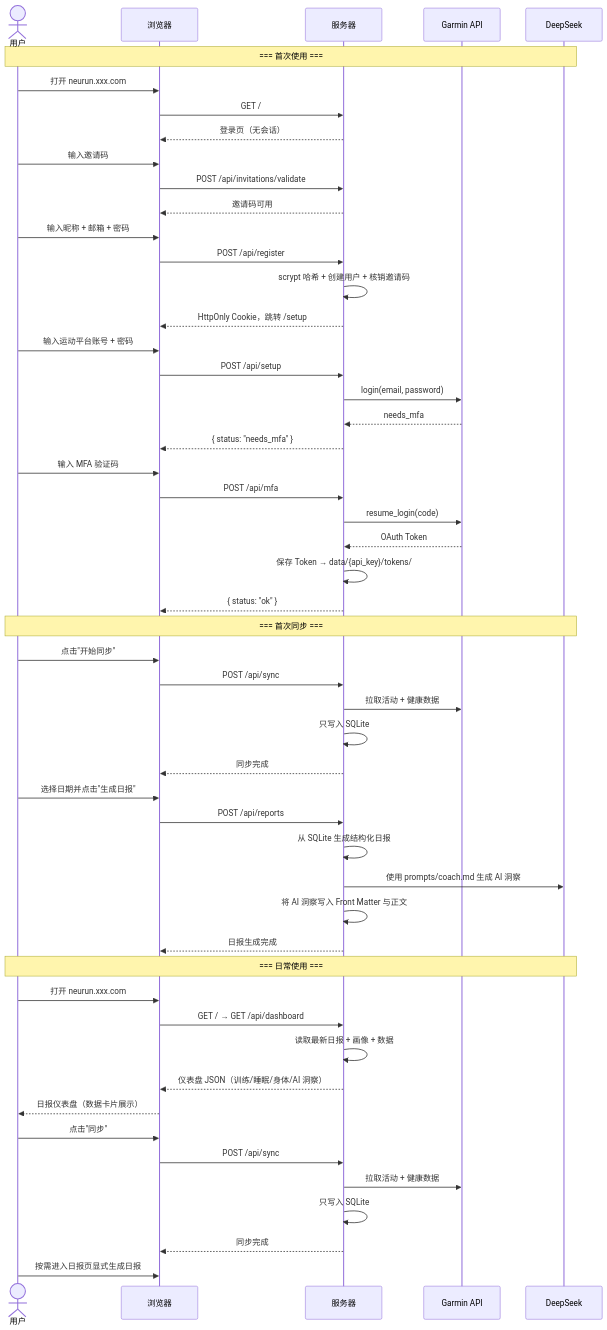
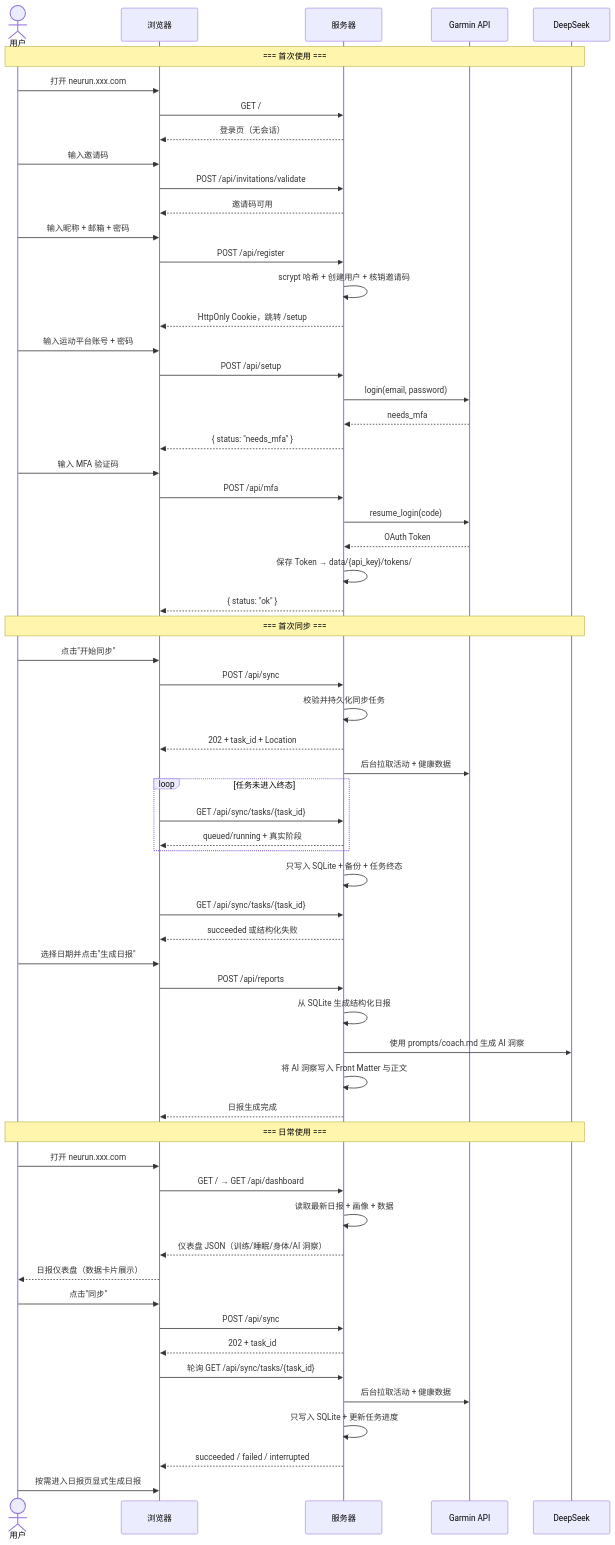
One commit to qd1993102/rundown changed the second of 3 diagrams in docs/design/13-sae-deployment.md. Above: the diagram before and after it, drawn with Mermaid. The commit also changed other lines of this file and 25 other files, not shown here.

````diff
--- a/docs/design/13-sae-deployment.md
+++ b/docs/design/13-sae-deployment.md
@@ -59,63 +61,72 @@
 ```mermaid
 sequenceDiagram
     actor User as 用户
     participant Web as 浏览器
     participant VPS as 服务器
     participant Garmin as Garmin API
     participant DS as DeepSeek
 
     Note over User,DS: === 首次使用 ===
 
     User->>Web: 打开 neurun.xxx.com
     Web->>VPS: GET /
     VPS-->>Web: 登录页（无会话）
     User->>Web: 输入邀请码
     Web->>VPS: POST /api/invitations/validate
     VPS-->>Web: 邀请码可用
     User->>Web: 输入昵称 + 邮箱 + 密码
     Web->>VPS: POST /api/register
     VPS->>VPS: scrypt 哈希 + 创建用户 + 核销邀请码
     VPS-->>Web: HttpOnly Cookie，跳转 /setup
 
     User->>Web: 输入运动平台账号 + 密码
     Web->>VPS: POST /api/setup
     VPS->>Garmin: login(email, password)
     Garmin-->>VPS: needs_mfa
     VPS-->>Web: { status: "needs_mfa" }
 
     User->>Web: 输入 MFA 验证码
     Web->>VPS: POST /api/mfa
     VPS->>Garmin: resume_login(code)
     Garmin-->>VPS: OAuth Token
     VPS->>VPS: 保存 Token → data/{api_key}/tokens/
     VPS-->>Web: { status: "ok" }
 
     Note over User,DS: === 首次同步 ===
 
     User->>Web: 点击"开始同步"
     Web->>VPS: POST /api/sync
-    VPS->>Garmin: 拉取活动 + 健康数据
-    VPS->>VPS: 只写入 SQLite
-    VPS-->>Web: 同步完成
+    VPS->>VPS: 校验并持久化同步任务
+    VPS-->>Web: 202 + task_id + Location
+    VPS->>Garmin: 后台拉取活动 + 健康数据
+    loop 任务未进入终态
+        Web->>VPS: GET /api/sync/tasks/{task_id}
+        VPS-->>Web: queued/running + 真实阶段
+    end
+    VPS->>VPS: 只写入 SQLite + 备份 + 任务终态
+    Web->>VPS: GET /api/sync/tasks/{task_id}
+    VPS-->>Web: succeeded 或结构化失败
     User->>Web: 选择日期并点击"生成日报"
     Web->>VPS: POST /api/reports
     VPS->>VPS: 从 SQLite 生成结构化日报
     VPS->>DS: 使用 prompts/coach.md 生成 AI 洞察
     VPS->>VPS: 将 AI 洞察写入 Front Matter 与正文
     VPS-->>Web: 日报生成完成
 
     Note over User,DS: === 日常使用 ===
 
     User->>Web: 打开 neurun.xxx.com
     Web->>VPS: GET / → GET /api/dashboard
     VPS->>VPS: 读取最新日报 + 画像 + 数据
     VPS-->>Web: 仪表盘 JSON（训练/睡眠/身体/AI 洞察）
     Web-->>User: 日报仪表盘（数据卡片展示）
 
     User->>Web: 点击"同步"
     Web->>VPS: POST /api/sync
-    VPS->>Garmin: 拉取活动 + 健康数据
-    VPS->>VPS: 只写入 SQLite
-    VPS-->>Web: 同步完成
+    VPS-->>Web: 202 + task_id
+    Web->>VPS: 轮询 GET /api/sync/tasks/{task_id}
+    VPS->>Garmin: 后台拉取活动 + 健康数据
+    VPS->>VPS: 只写入 SQLite + 更新任务进度
+    VPS-->>Web: succeeded / failed / interrupted
     User->>Web: 按需进入日报页显式生成日报
 ```
````
